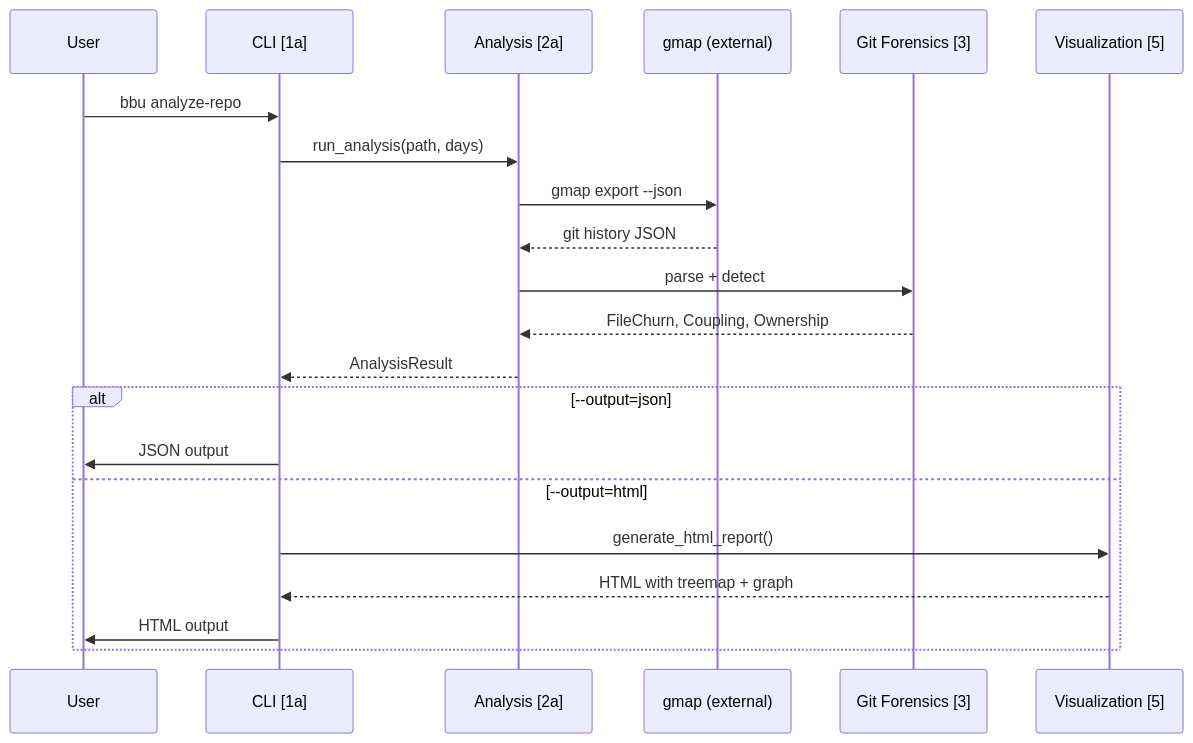
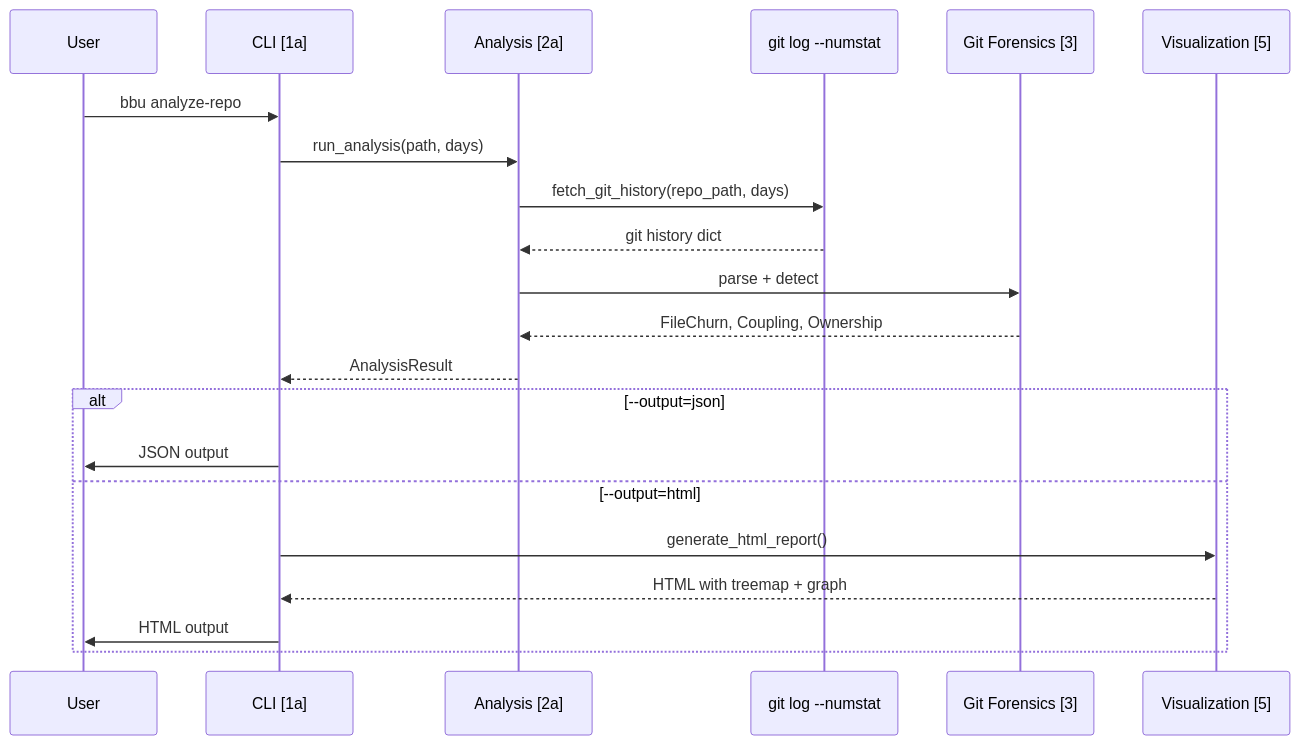
Before and after one commit to michael-denyer/black-box-unlock: the second of 5 diagrams in docs/CODEMAP.md, drawn with Mermaid. The commit also changed other lines of this file and 3 other files, not shown here.

First line of the commit message:
docs: describe the architecture that exists, correct signal formulas

````diff
--- a/docs/CODEMAP.md
+++ b/docs/CODEMAP.md
@@ -52,24 +52,24 @@
 ```mermaid
 sequenceDiagram
     participant User
     participant CLI as CLI [1a]
     participant Analysis as Analysis [2a]
-    participant Gmap as gmap (external)
+    participant Git as git log --numstat
     participant Forensics as Git Forensics [3]
     participant Viz as Visualization [5]
 
     User->>CLI: bbu analyze-repo
     CLI->>Analysis: run_analysis(path, days)
-    Analysis->>Gmap: gmap export --json
-    Gmap-->>Analysis: git history JSON
+    Analysis->>Git: fetch_git_history(repo_path, days)
+    Git-->>Analysis: git history dict
     Analysis->>Forensics: parse + detect
     Forensics-->>Analysis: FileChurn, Coupling, Ownership
     Analysis-->>CLI: AnalysisResult
     alt --output=json
         CLI->>User: JSON output
     else --output=html
         CLI->>Viz: generate_html_report()
         Viz-->>CLI: HTML with treemap + graph
         CLI->>User: HTML output
     end
 ```
````
